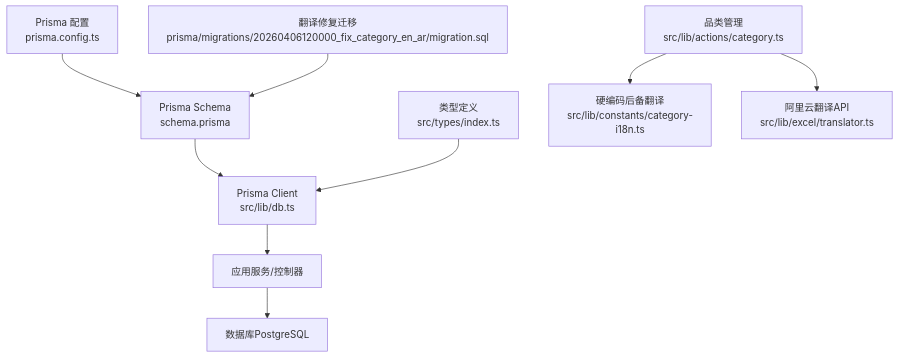
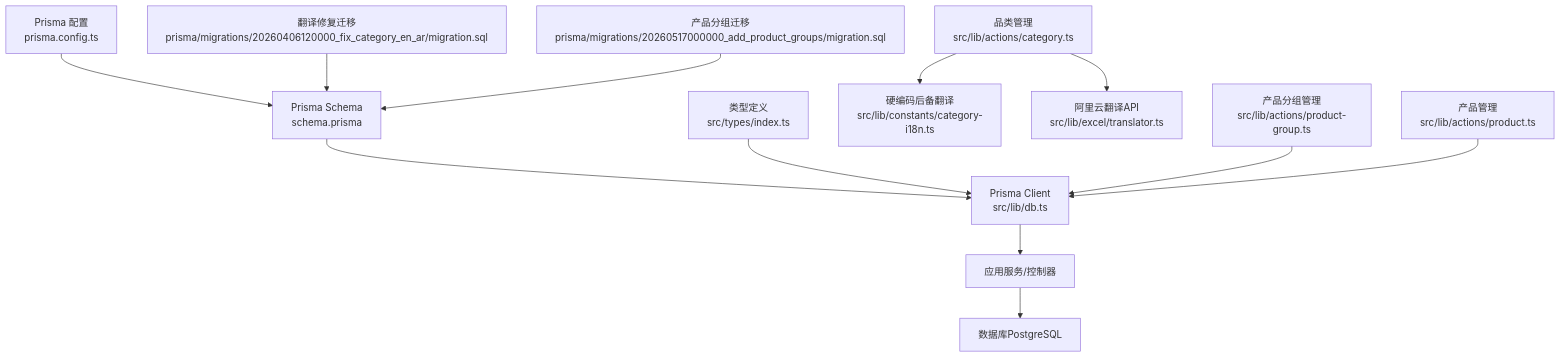
Before and after one commit to three3638-arch/celestia_2b: the second of 5 diagrams in .qoder/repowiki/zh/content/数据库设计/数据库设计.md, drawn with Mermaid. The commit also changed other lines of this file and 30 other files, not shown here.

````diff
--- a/.qoder/repowiki/zh/content/数据库设计/数据库设计.md
+++ b/.qoder/repowiki/zh/content/数据库设计/数据库设计.md
@@ -174,11 +200,14 @@
 ```mermaid
 graph TB
 A["Prisma Schema<br/>schema.prisma"] --> B["Prisma Client<br/>src/lib/db.ts"]
 C["Prisma 配置<br/>prisma.config.ts"] --> A
 D["类型定义<br/>src/types/index.ts"] --> B
 E["品类管理<br/>src/lib/actions/category.ts"] --> F["硬编码后备翻译<br/>src/lib/constants/category-i18n.ts"]
 E --> G["阿里云翻译API<br/>src/lib/excel/translator.ts"]
-H["翻译修复迁移<br/>prisma/migrations/20260406120000_fix_category_en_ar/migration.sql"] --> A
-B --> I["应用服务/控制器"]
-I --> J["数据库PostgreSQL"]
+H["产品分组管理<br/>src/lib/actions/product-group.ts"] --> B
+I["产品管理<br/>src/lib/actions/product.ts"] --> B
+J["翻译修复迁移<br/>prisma/migrations/20260406120000_fix_category_en_ar/migration.sql"] --> A
+K["产品分组迁移<br/>prisma/migrations/20260517000000_add_product_groups/migration.sql"] --> A
+B --> L["应用服务/控制器"]
+L --> M["数据库PostgreSQL"]
 ```
````
